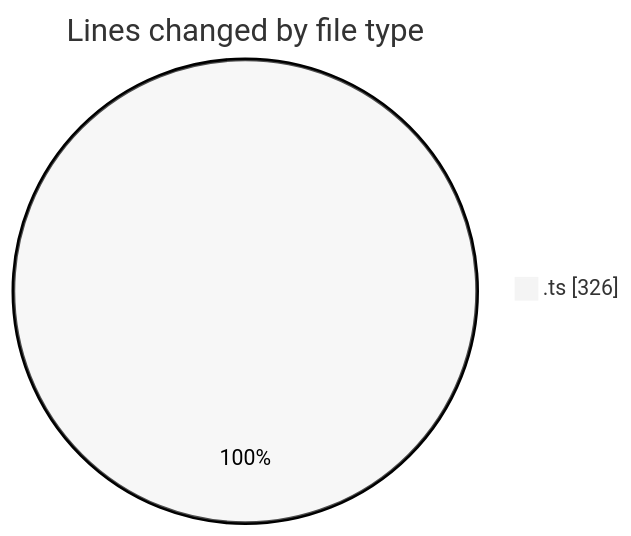
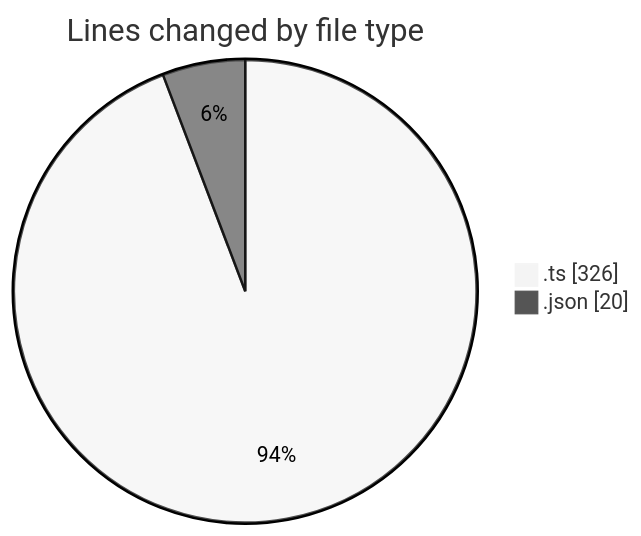
Before and after one commit to momahboobian/code-tracking: the first of 2 diagrams in 2025-05-20/cda/README.md, drawn with Mermaid (neutral theme). The commit also changed other lines of this file and 1 other file, not shown here.

````diff
--- a/2025-05-20/cda/README.md
+++ b/2025-05-20/cda/README.md
@@ -21,5 +22,6 @@
 ```mermaid
 pie showData
 title Lines changed by file type
 ".ts" : 326
+".json" : 20
 ```
````
